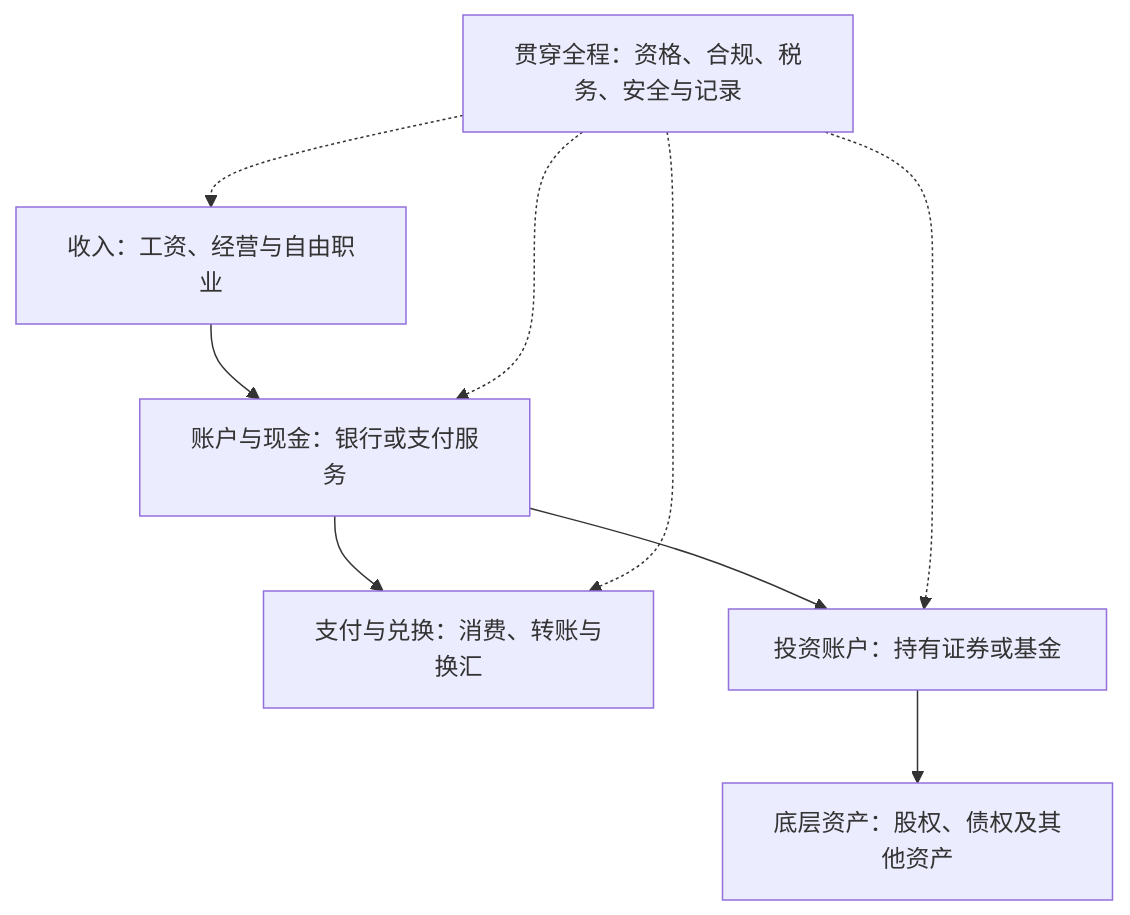
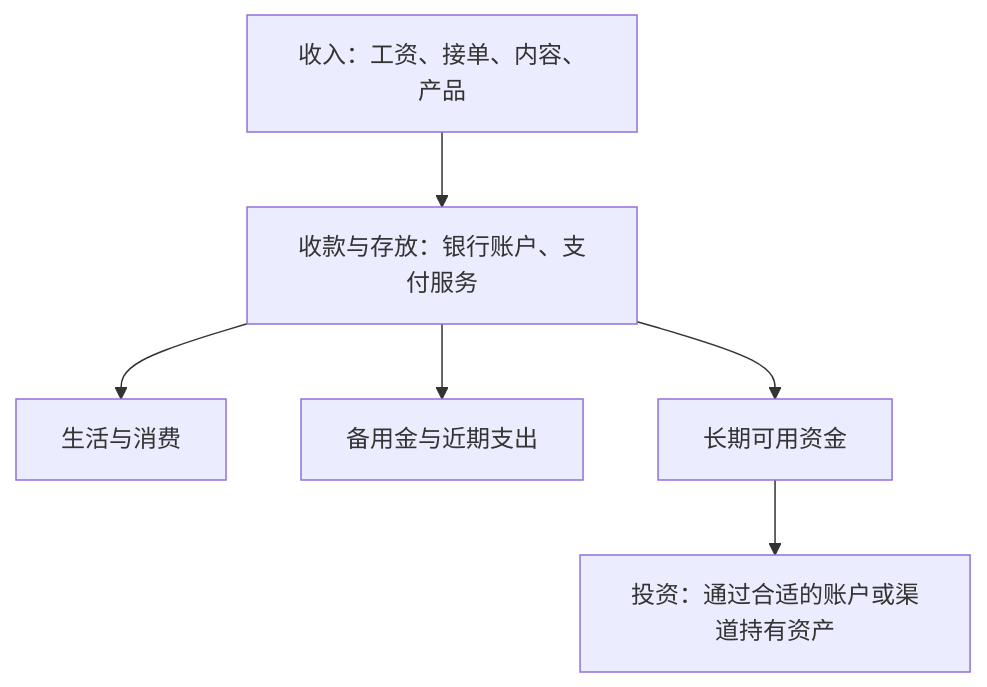
Before and after one commit to linshenwuqi/global-finance-infrastructure: the diagram in 第一篇｜先看懂全球金融地图/01-全球金融基础设施地图.md, drawn with Mermaid. The commit also changed other lines of this file and 7 other files, not shown here.

````diff
--- a/第一篇｜先看懂全球金融地图/01-全球金融基础设施地图.md
+++ b/第一篇｜先看懂全球金融地图/01-全球金融基础设施地图.md
@@ -42,11 +45,8 @@
 ```mermaid
 flowchart TD
-  A[收入：工资、经营与自由职业] --> B[账户与现金：银行或支付服务]
-  B --> C[支付与兑换：消费、转账与换汇]
-  B --> D[投资账户：持有证券或基金]
-  D --> E[底层资产：股权、债权及其他资产]
-  F[贯穿全程：资格、合规、税务、安全与记录] -.-> A
-  F -.-> B
-  F -.-> C
-  F -.-> D
+    A[收入：工资、接单、内容、产品] --> B[收款与存放：银行账户、支付服务]
+    B --> C[生活与消费]
+    B --> D[备用金与近期支出]
+    B --> E[长期可用资金]
+    E --> F[投资：通过合适的账户或渠道持有资产]
 ```
````
